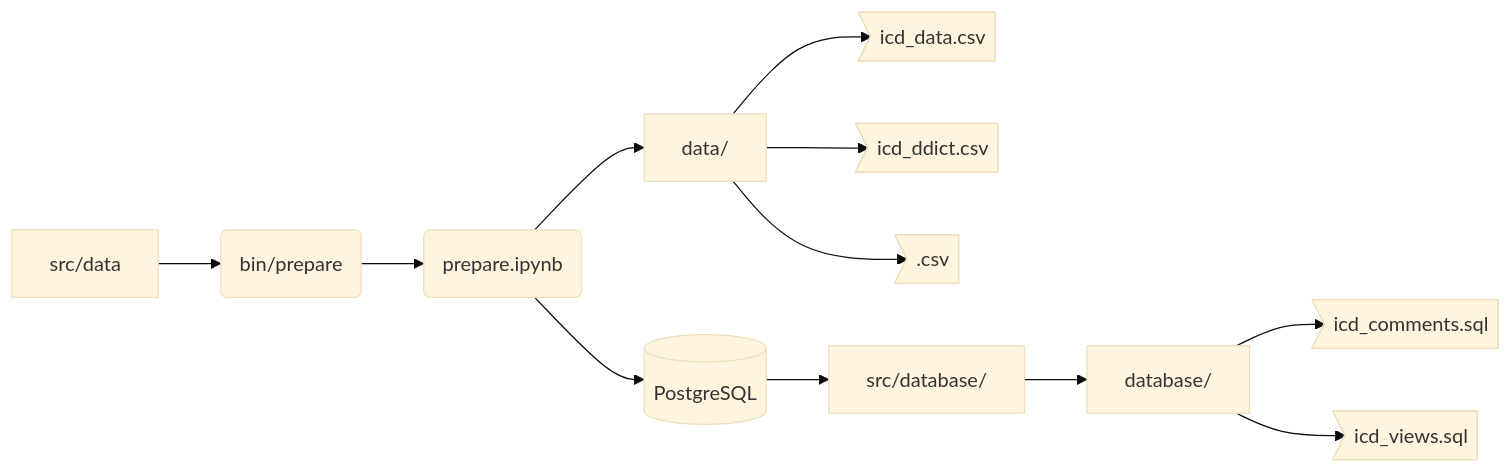
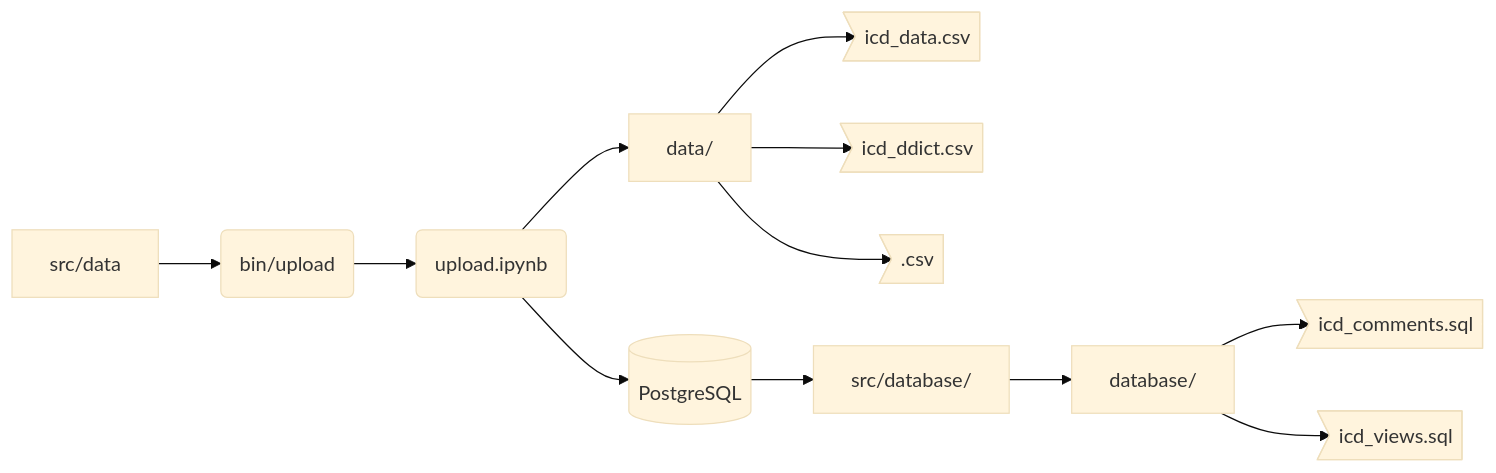
Before and after one commit to cghr-toronto/icd: the second of 3 diagrams in DEVELOPER.md, drawn with Mermaid (base theme). The commit also changed other lines of this file and 18 other files, not shown here.

````diff
--- a/DEVELOPER.md
+++ b/DEVELOPER.md
@@ -102,8 +101,8 @@
 ```mermaid
 flowchart LR;
 src/data --> A;
-A(bin/prepare) --> B(prepare.ipynb);
+A(bin/upload) --> B(upload.ipynb);
 B --> data/ --> B1>icd_data.csv] & B2>icd_ddict.csv] & B3>.csv];
 B --> E[(PostgreSQL)] --> src/database/ --> database/;
 database/ --> D1>icd_comments.sql] & D2>icd_views.sql];
 ```
````
